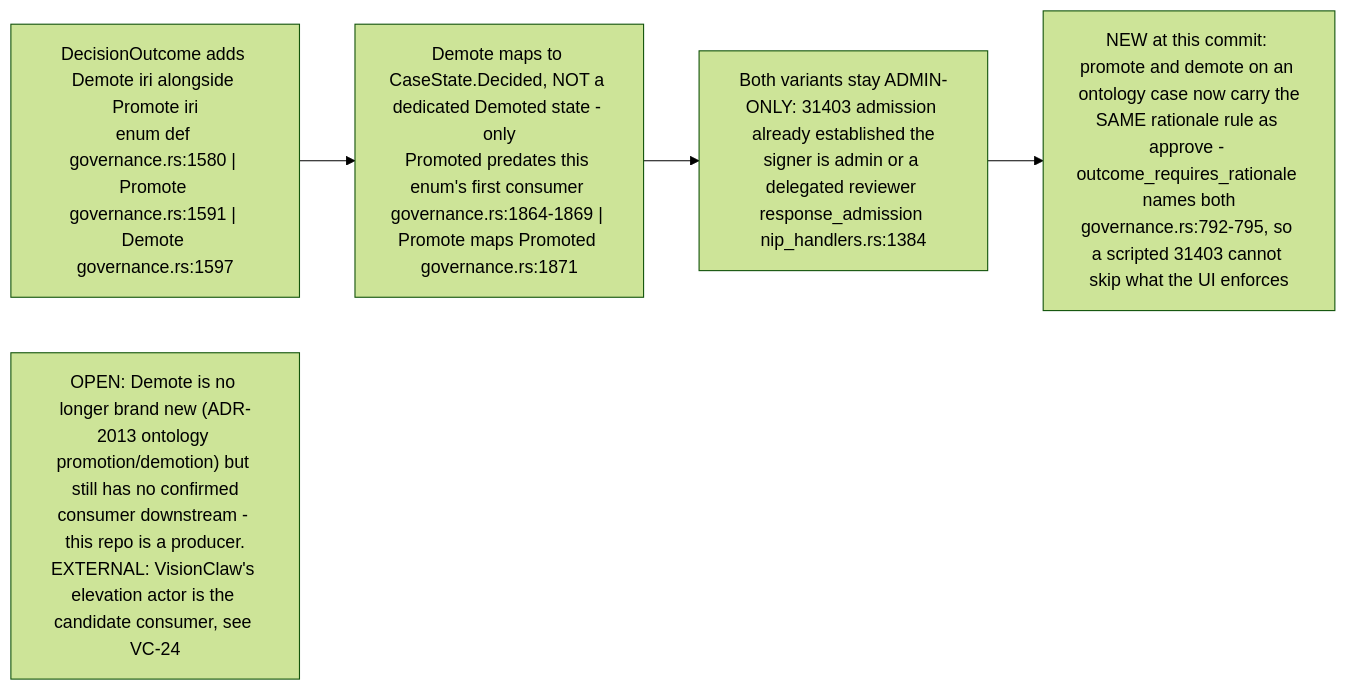
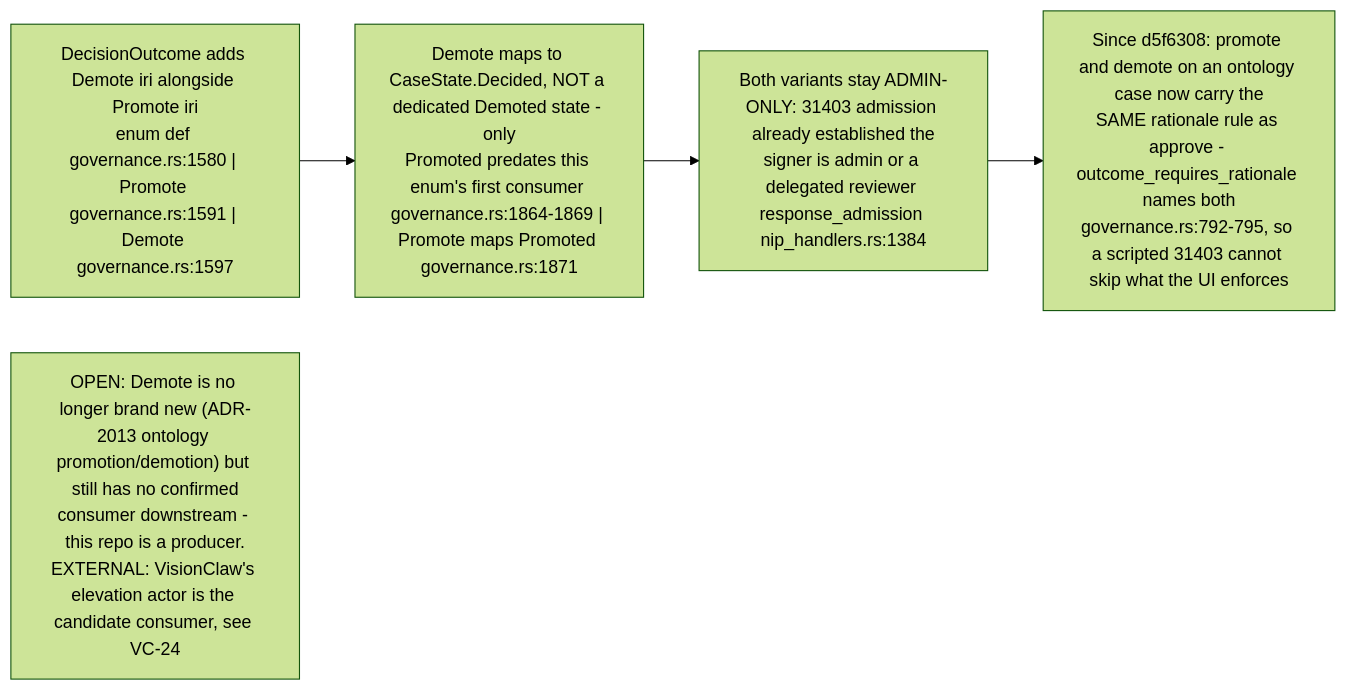
The tenth of 13 diagrams in docs/diagrams/nostr-rust-forum/10-invariants-and-anomaly-register.md (DreamLab-AI/VisionFlow), drawn with Mermaid (forest theme) before and after one commit. The commit also changed other lines of this file, not shown here.

Commit message:
docs(diagrams): NF-10 wording — I5 names which recipient routes are config and which flag-gated; NF-10.12 dates the rationale rule to d5f6308

````diff
--- a/docs/diagrams/nostr-rust-forum/10-invariants-and-anomaly-register.md
+++ b/docs/diagrams/nostr-rust-forum/10-invariants-and-anomaly-register.md
@@ -266,11 +266,11 @@
 ```mermaid
 flowchart LR
     ENUM["DecisionOutcome adds Demote iri alongside Promote iri<br/>enum def governance.rs:1580 | Promote governance.rs:1591 | Demote governance.rs:1597"]
     STATE["Demote maps to CaseState.Decided, NOT a dedicated Demoted state - only<br/>Promoted predates this enum's first consumer governance.rs:1864-1869 | Promote maps Promoted governance.rs:1871"]
     GATE["Both variants stay ADMIN-ONLY: 31403 admission already established the<br/>signer is admin or a delegated reviewer response_admission nip_handlers.rs:1384"]
-    RATIONALE["NEW at this commit: promote and demote on an ontology case now carry the<br/>SAME rationale rule as approve - outcome_requires_rationale names both<br/>governance.rs:792-795, so a scripted 31403 cannot skip what the UI enforces"]
+    RATIONALE["Since d5f6308: promote and demote on an ontology case now carry the<br/>SAME rationale rule as approve - outcome_requires_rationale names both<br/>governance.rs:792-795, so a scripted 31403 cannot skip what the UI enforces"]
 
     ENUM --> STATE --> GATE --> RATIONALE
 
     N1["OPEN: Demote is no longer brand new (ADR-2013 ontology promotion/demotion) but still has no confirmed<br/>consumer downstream - this repo is a producer.<br/>EXTERNAL: VisionClaw's elevation actor is the candidate consumer, see VC-24"]
 ```
````
